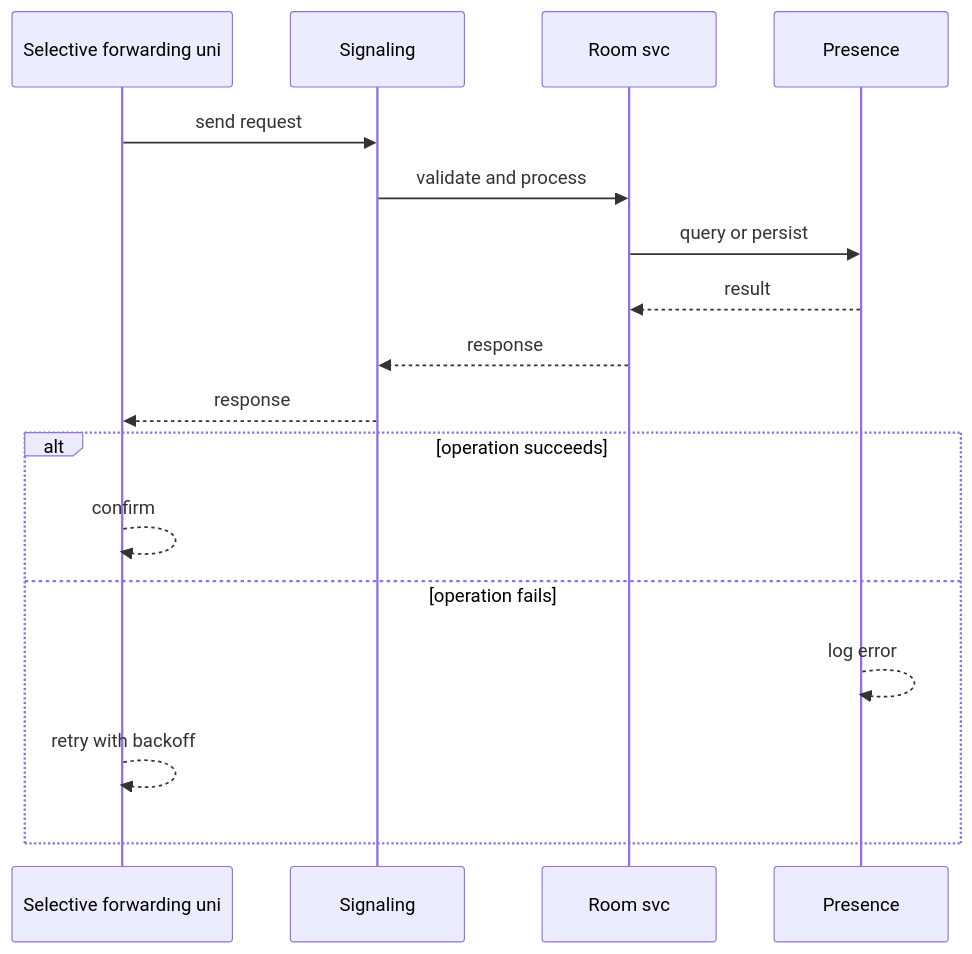
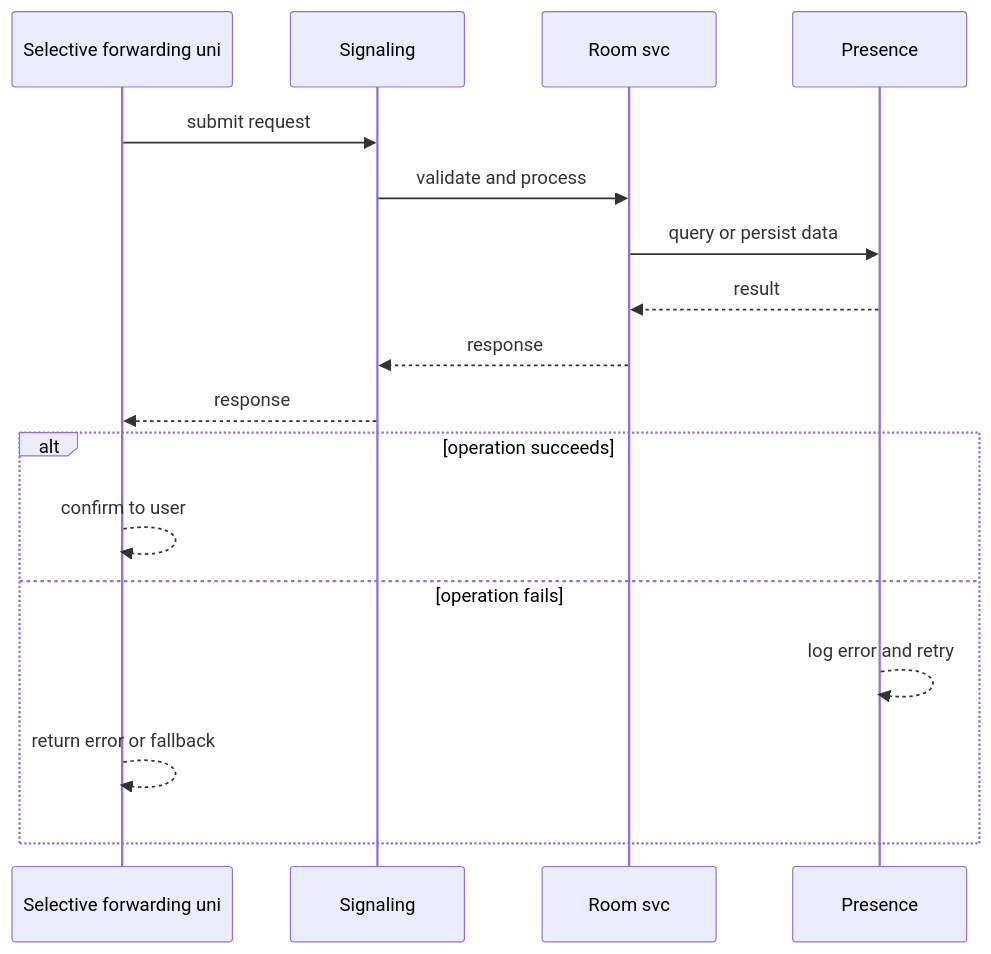
The second of 4 diagrams in case-studies/advanced/video-conferencing.md (RIT-MESH/system-design-mastery), drawn with Mermaid before and after one commit. The commit also changed other lines of this file and 127 other files, not shown here.

First line of the commit message:
Improve all case study diagrams: case-specific sequences, fix truncated labels

````diff
--- a/case-studies/advanced/video-conferencing.md
+++ b/case-studies/advanced/video-conferencing.md
@@ -70,20 +70,20 @@
 ```mermaid
 %% created-for: system-design-mastery
 sequenceDiagram
-  participant C0 as Selective forwarding uni
-  participant C1 as Signaling
-  participant C2 as Room svc
-  participant C3 as Presence
-  C0 ->> C1: send request
-  C1 ->> C2: validate and process
-  C2 ->> C3: query or persist
-  C3 -->> C2: result
-  C2 -->> C1: response
-  C1 -->> C0: response
+  participant P0 as Selective forwarding uni
+  participant P1 as Signaling
+  participant P2 as Room svc
+  participant P3 as Presence
+  P0 ->> P1: submit request
+  P1 ->> P2: validate and process
+  P2 ->> P3: query or persist data
+  P3 -->> P2: result
+  P2 -->> P1: response
+  P1 -->> P0: response
   alt operation succeeds
-    C0 -->> C0: confirm
+    P0 -->> P0: confirm to user
   else operation fails
-    C3 -->> C3: log error
-    C0 -->> C0: retry with backoff
+    P3 -->> P3: log error and retry
+    P0 -->> P0: return error or fallback
   end
 ```
````
